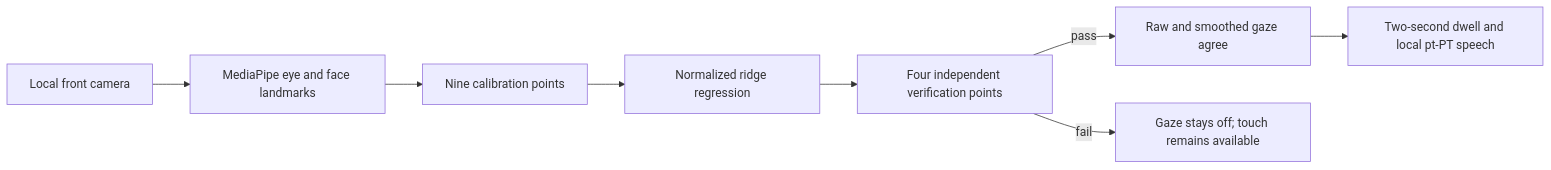
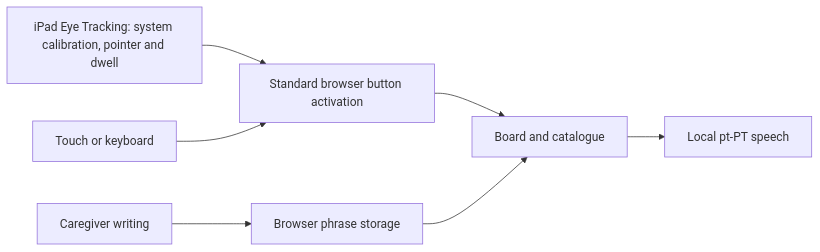
One commit to Cgcnnunes/button-eye-reader changed the diagram in docs/ARCHITECTURE.md. Above: the diagram before and after it, drawn with Mermaid. The commit also changed other lines of this file and 30 other files, not shown here.

First line of the commit message:
refactor(reader-00013): replace custom eye tracking with native ipad input (#13)

````diff
--- a/docs/ARCHITECTURE.md
+++ b/docs/ARCHITECTURE.md
@@ -12,10 +12,9 @@
 ```mermaid
 flowchart LR
-  Camera["Local front camera"] --> Landmarks["MediaPipe eye and face landmarks"]
-  Landmarks --> Calibration["Nine calibration points"]
-  Calibration --> Mapping["Normalized ridge regression"]
-  Mapping --> Validation["Four independent verification points"]
-  Validation -->|pass| Dwell["Raw and smoothed gaze agree"]
-  Dwell --> Speech["Two-second dwell and local pt-PT speech"]
-  Validation -->|fail| Touch["Gaze stays off; touch remains available"]
+  Apple["iPad Eye Tracking: system calibration, pointer and dwell"] --> Click["Standard browser button activation"]
+  Touch["Touch or keyboard"] --> Click
+  Click --> Board["Board and catalogue"]
+  Board --> Speech["Local pt-PT speech"]
+  Caregiver["Caregiver writing"] --> Storage["Browser phrase storage"]
+  Storage --> Board
 ```
````
